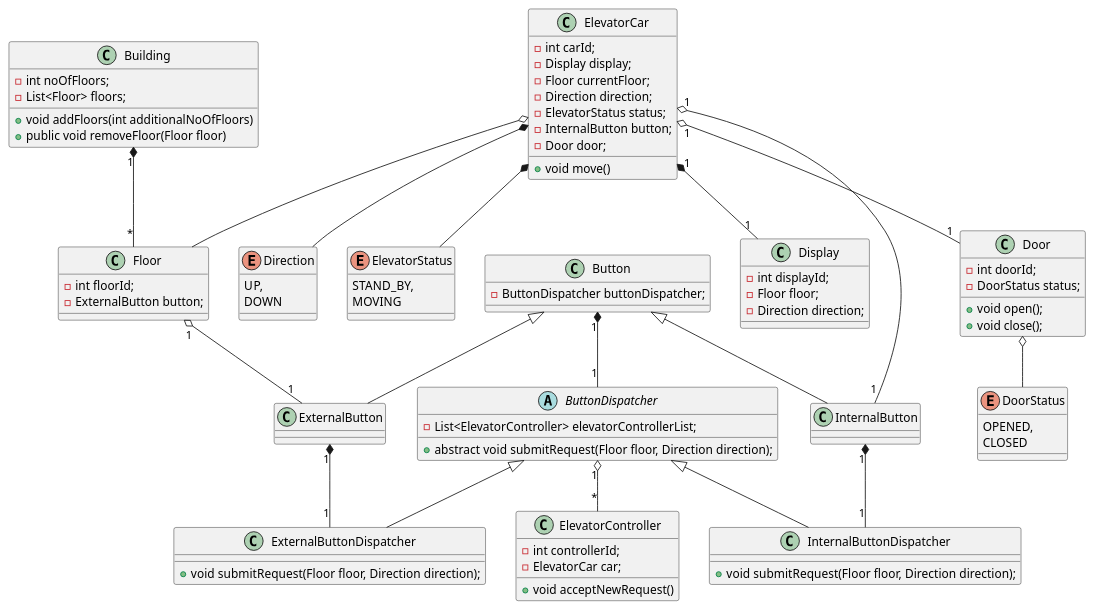
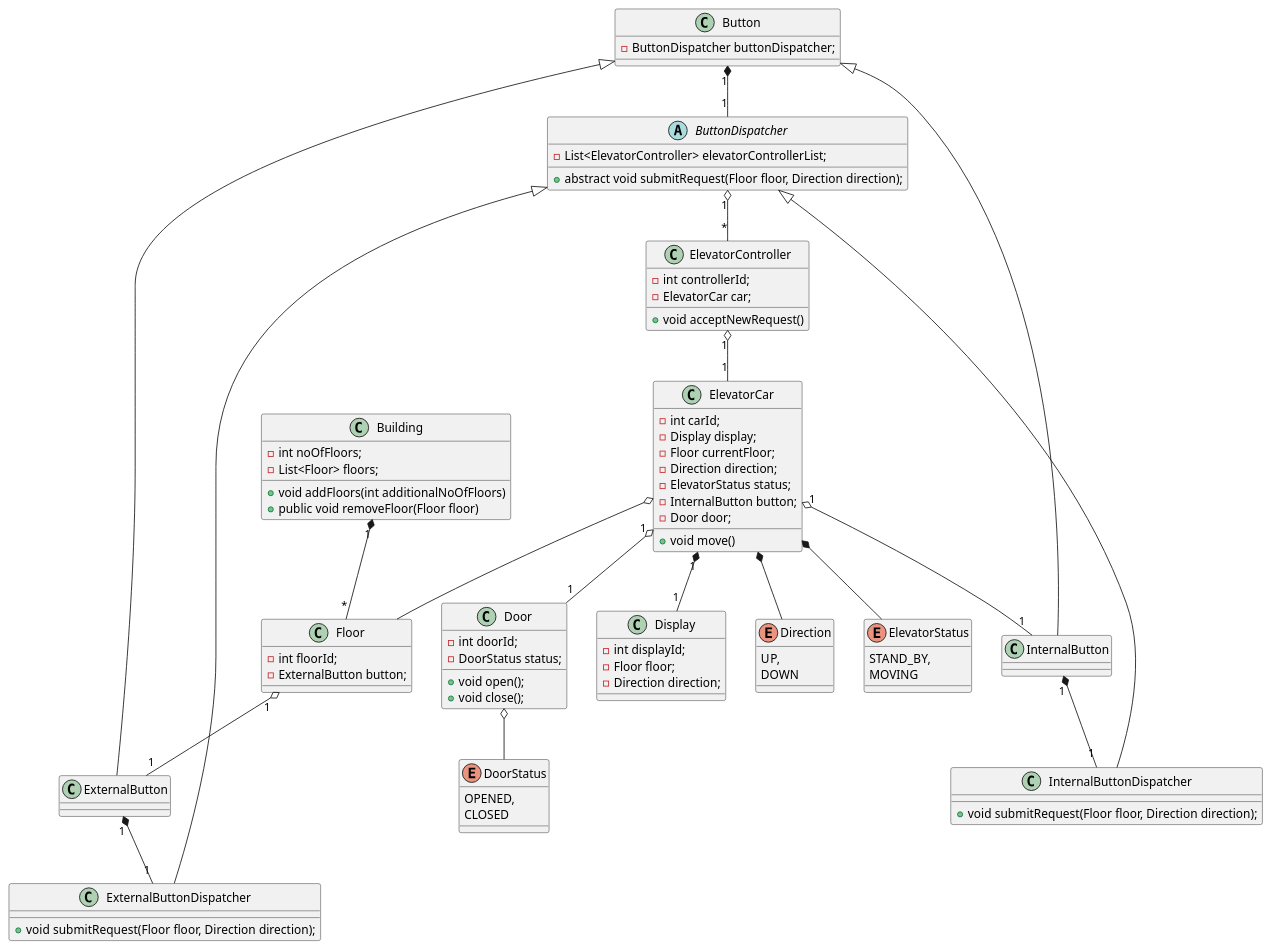
The first of 2 diagrams in README.md (AnusrutaD/ElevatorSystem), drawn with PlantUML before and after one commit. The commit also changed other lines of this file and 1 other file, not shown here.

````diff
--- a/README.md
+++ b/README.md
@@ -130,6 +130,7 @@
 InternalButton "1" *-- "1" InternalButtonDispatcher
 ExternalButton "1" *-- "1" ExternalButtonDispatcher
 ButtonDispatcher "1" o-- "*" ElevatorController
+ElevatorController "1" o-- "1" ElevatorCar
 
 @enduml
 ```
````
